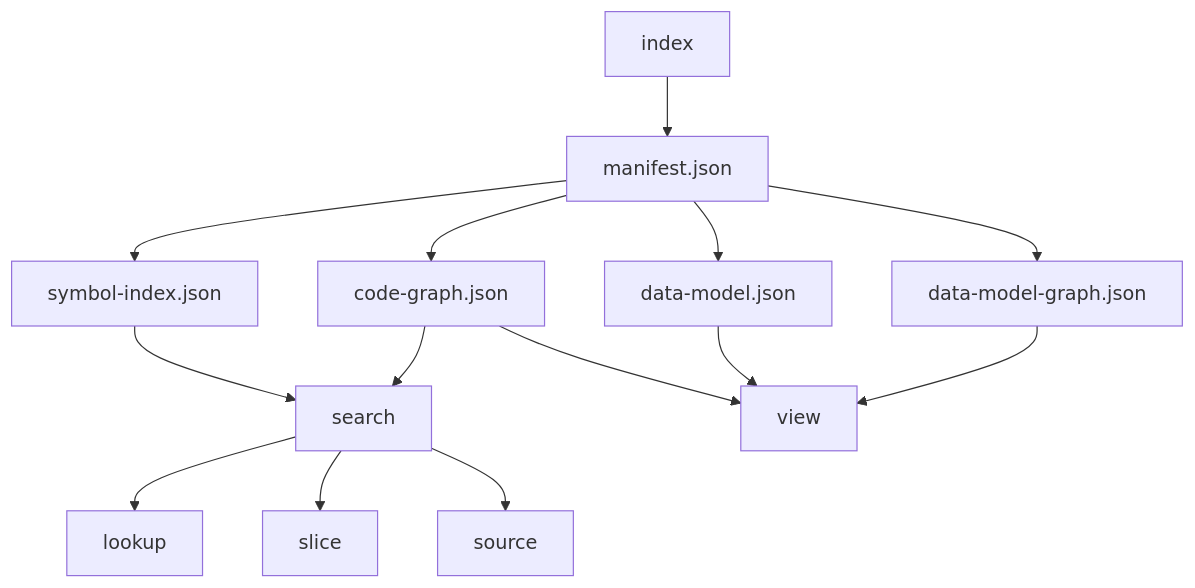
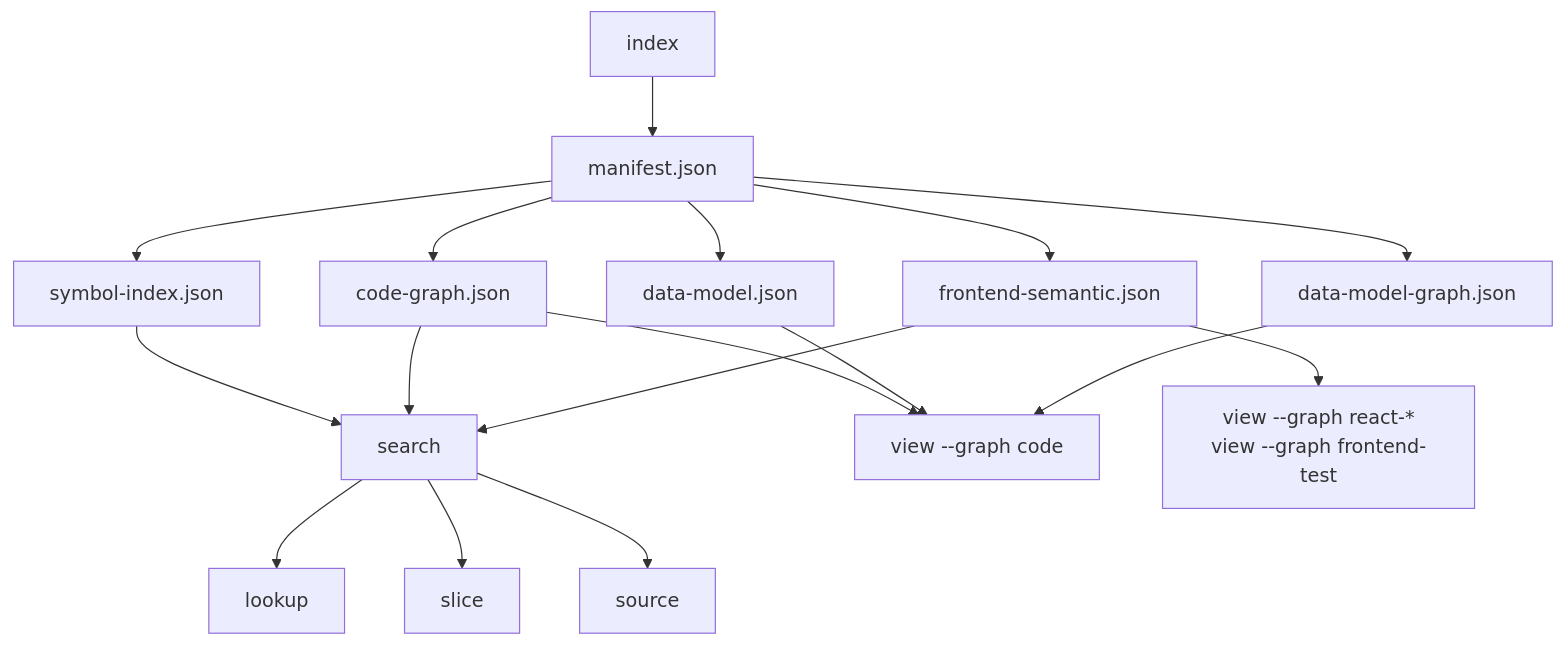
Before and after one commit to dailephd/my-dev-kit: the diagram in README.md, drawn with Mermaid. The commit also changed other lines of this file and 8 other files, not shown here.

````diff
--- a/README.md
+++ b/README.md
@@ -40,16 +41,19 @@
 ```mermaid
 flowchart TD
   A[index] --> B[manifest.json]
   B --> C[symbol-index.json]
   B --> D[code-graph.json]
   B --> E[data-model.json]
   B --> F[data-model-graph.json]
-  C --> G[search]
-  D --> G
-  G --> H[lookup]
-  G --> I[slice]
-  G --> J[source]
-  D --> K[view]
-  E --> K
-  F --> K
+  B --> G[frontend-semantic.json]
+  C --> H[search]
+  D --> H
+  G --> H
+  H --> I[lookup]
+  H --> J[slice]
+  H --> K[source]
+  D --> L[view --graph code]
+  E --> L
+  F --> L
+  G --> M[view --graph react-*\nview --graph frontend-test]
 ```
````
